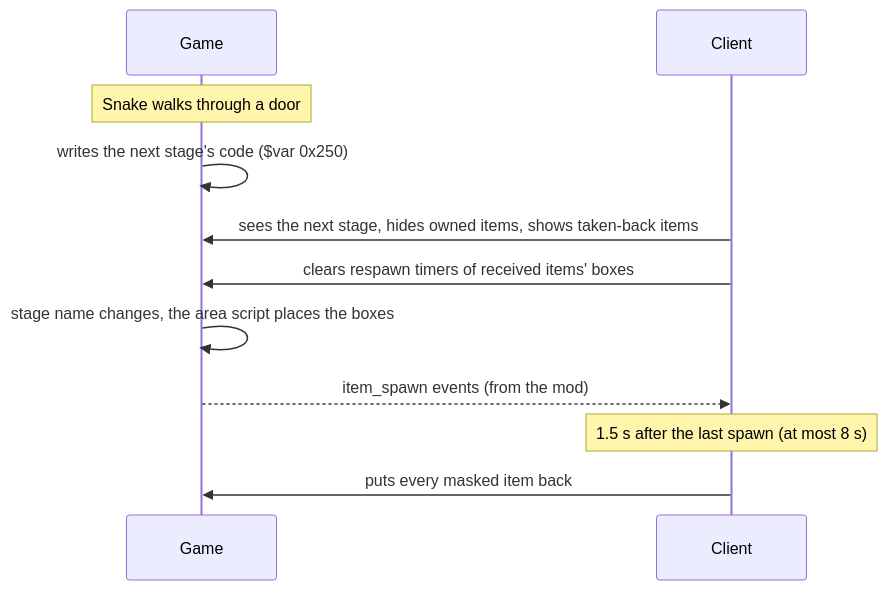
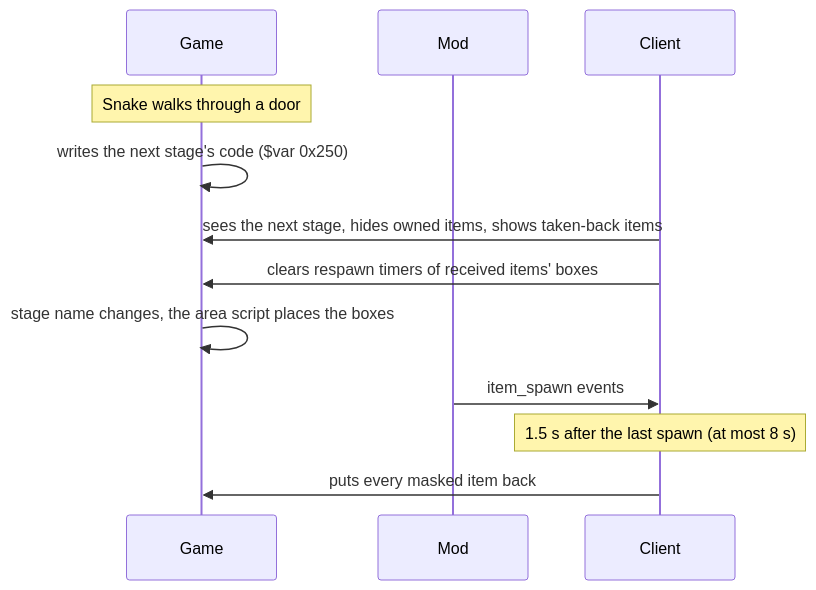
The first of 2 diagrams in docs/game-research.md (jarich-b/MGSDeltaAP), drawn with Mermaid before and after one commit. The commit also changed other lines of this file and 4 other files, not shown here.

First line of the commit message:
Review fixes: graphs, wording, README alert, cheaper inventory writes

````diff
--- a/docs/game-research.md
+++ b/docs/game-research.md
@@ -46,13 +48,14 @@
 ```mermaid
 sequenceDiagram
     participant Game
+    participant Mod
     participant Client
     Note over Game: Snake walks through a door
     Game->>Game: writes the next stage's code ($var 0x250)
     Client->>Game: sees the next stage, hides owned items, shows taken-back items
     Client->>Game: clears respawn timers of received items' boxes
     Game->>Game: stage name changes, the area script places the boxes
-    Game-->>Client: item_spawn events (from the mod)
+    Mod->>Client: item_spawn events
     Note over Client: 1.5 s after the last spawn (at most 8 s)
     Client->>Game: puts every masked item back
 ```
````
